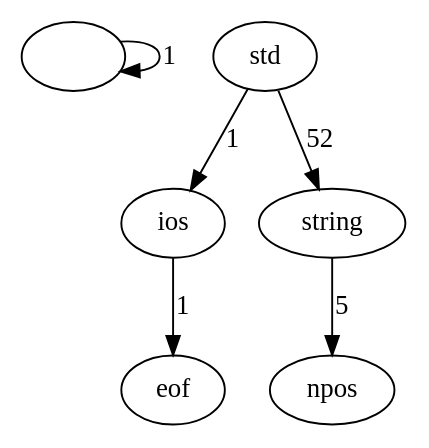
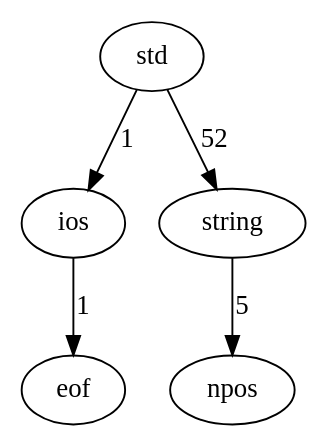
The diagram in Data.gv (Work-In-Progress-Bananna-Knife/A-La-Projet-Un-), drawn with Graphviz before and after one commit. The commit also changed 3 other files, not shown here.

```diff
--- a/Data.gv
+++ b/Data.gv
@@ -1,7 +1,6 @@
 digraph foo{
-""->""[label = "1"];
 "ios"->"eof"[label = "1"];
 "std"->"ios"[label = "1"];
 "std"->"string"[label = "52"];
 "string"->"npos"[label = "5"];
 }
```
